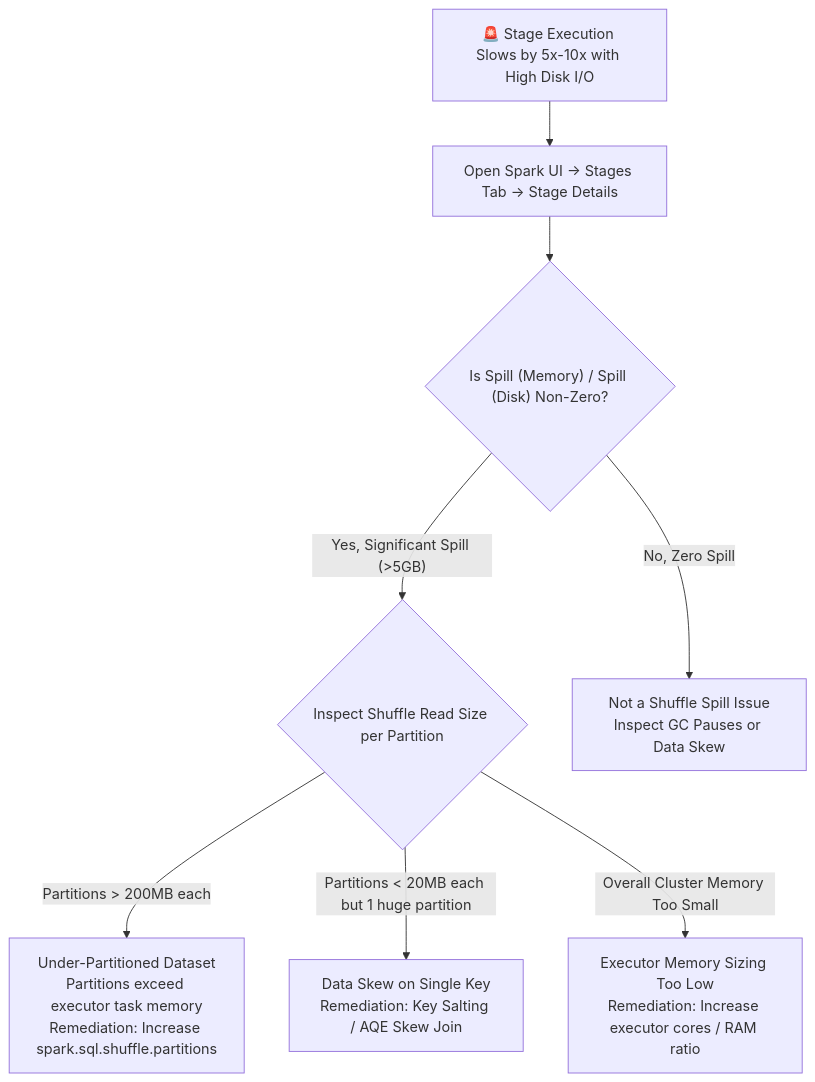
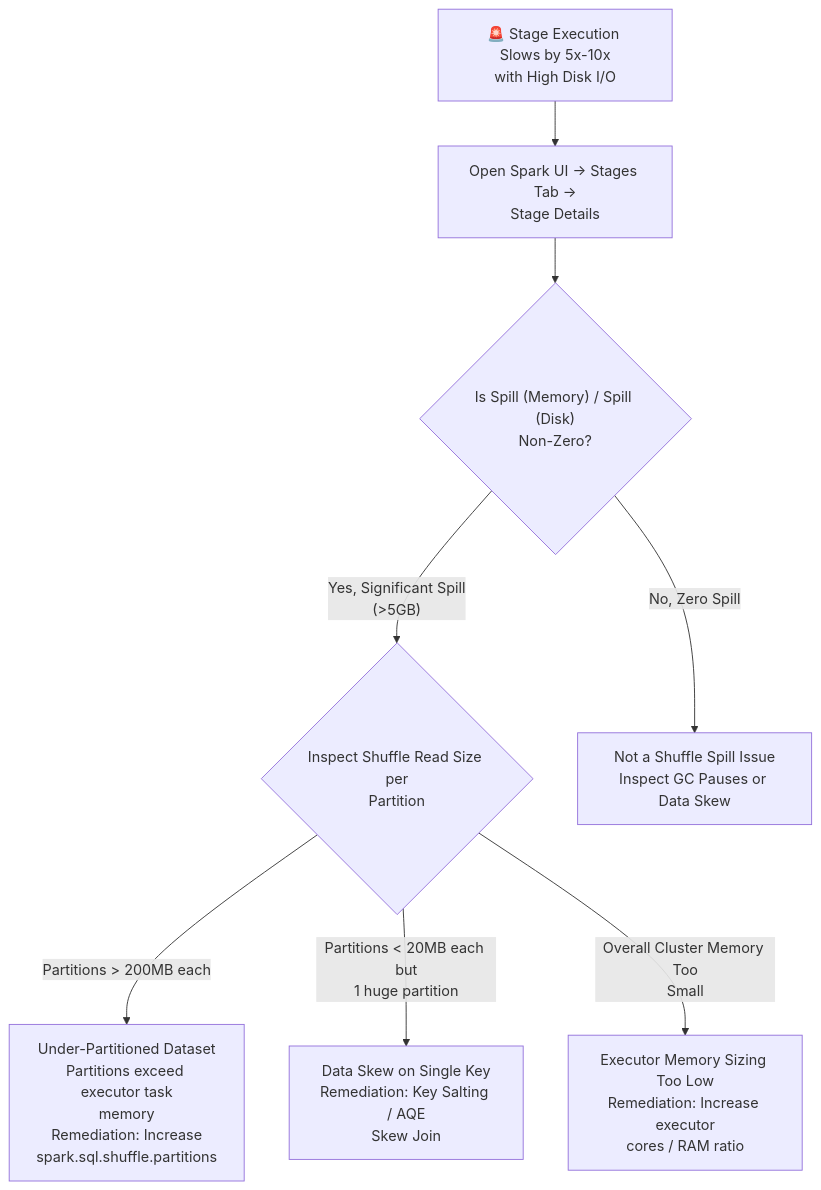
The diagram in runbooks/02_shuffle_spill_and_partition_sizing.md (santoshjammi29/pyspark-handbook), drawn with Mermaid before and after one commit. The commit also changed 14 other files, not shown here.

Commit message:
fix(diagrams): word-wrap labels and escape comparison operators across all diagrams

````diff
--- a/runbooks/02_shuffle_spill_and_partition_sizing.md
+++ b/runbooks/02_shuffle_spill_and_partition_sizing.md
@@ -11,12 +11,12 @@
 ```mermaid
 flowchart TD
-    SpillAlert["🚨 Stage Execution Slows by 5x-10x with High Disk I/O"] --> InspectUI["Open Spark UI -> Stages Tab -> Stage Details"]
-    InspectUI --> CheckSpill{"Is Spill (Memory) / Spill (Disk) Non-Zero?"}
+    SpillAlert["🚨 Stage Execution Slows by 5x-10x<br/>with High Disk I/O"] --> InspectUI["Open Spark UI -> Stages Tab -><br/>Stage Details"]
+    InspectUI --> CheckSpill{"Is Spill (Memory) / Spill (Disk)<br/>Non-Zero?"}
 
-    CheckSpill -->|"Yes, Significant Spill (>5GB)"| DiagnosePartitionSize{"Inspect Shuffle Read Size per Partition"}
+    CheckSpill -->|"Yes, Significant Spill<br/>(&gt;5GB)"| DiagnosePartitionSize{"Inspect Shuffle Read Size per<br/>Partition"}
     CheckSpill -->|"No, Zero Spill"| CheckOther["Not a Shuffle Spill Issue<br/>Inspect GC Pauses or Data Skew"]
 
-    DiagnosePartitionSize -->|"Partitions > 200MB each"| UnderPartitioned["Under-Partitioned Dataset<br/>Partitions exceed executor task memory<br/>Remediation: Increase spark.sql.shuffle.partitions"]
-    DiagnosePartitionSize -->|"Partitions < 20MB each but 1 huge partition"| SkewSpill["Data Skew on Single Key<br/>Remediation: Key Salting / AQE Skew Join"]
-    DiagnosePartitionSize -->|"Overall Cluster Memory Too Small"| MemoryStarvation["Executor Memory Sizing Too Low<br/>Remediation: Increase executor cores / RAM ratio"]
+    DiagnosePartitionSize -->|"Partitions &gt; 200MB each"| UnderPartitioned["Under-Partitioned Dataset<br/>Partitions exceed executor task<br/>memory<br/>Remediation: Increase<br/>spark.sql.shuffle.partitions"]
+    DiagnosePartitionSize -->|"Partitions &lt; 20MB each but<br/>1 huge partition"| SkewSpill["Data Skew on Single Key<br/>Remediation: Key Salting / AQE<br/>Skew Join"]
+    DiagnosePartitionSize -->|"Overall Cluster Memory Too<br/>Small"| MemoryStarvation["Executor Memory Sizing Too Low<br/>Remediation: Increase executor<br/>cores / RAM ratio"]
 ```
````
